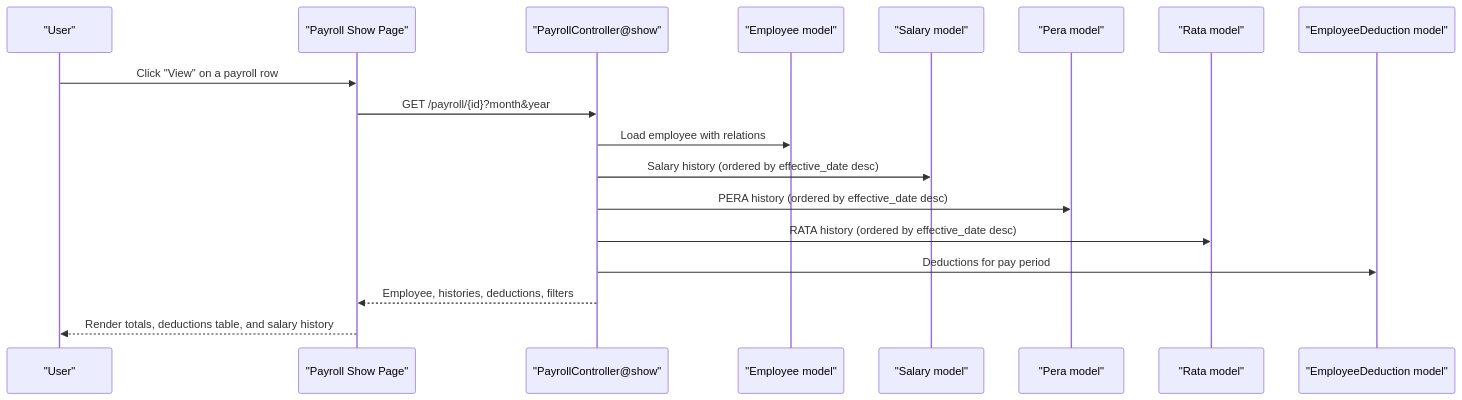
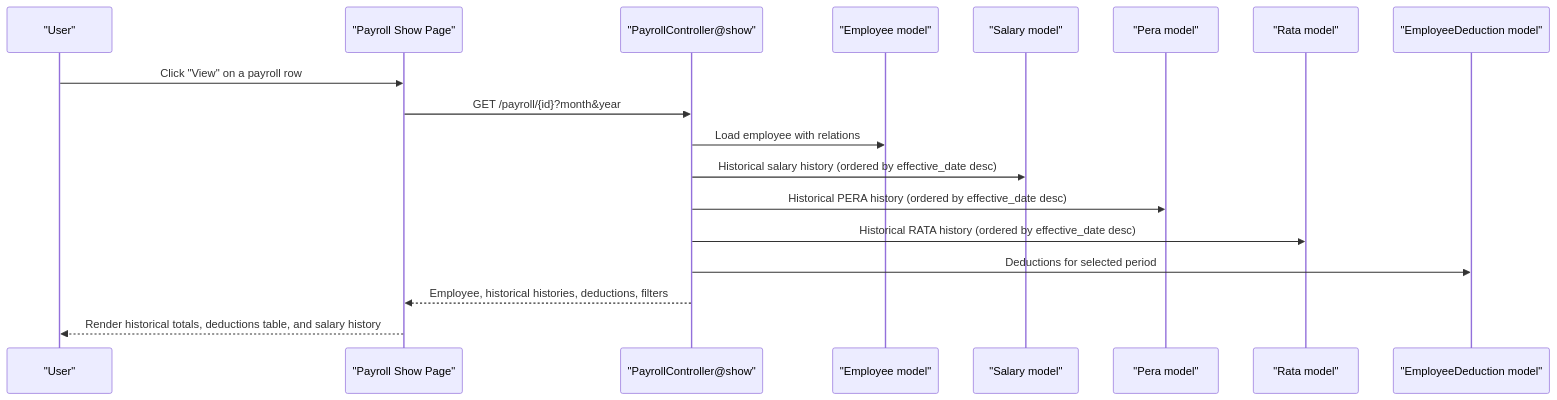
Before and after one commit to vincet0t15/template: the fourth of 12 diagrams in .qoder/repowiki/en/content/Payroll System/Payroll Reports & Analytics.md, drawn with Mermaid. The commit also changed other lines of this file and 11 other files, not shown here.

````diff
--- a/.qoder/repowiki/en/content/Payroll System/Payroll Reports & Analytics.md
+++ b/.qoder/repowiki/en/content/Payroll System/Payroll Reports & Analytics.md
@@ -155,20 +186,20 @@
 ```mermaid
 sequenceDiagram
 participant U as "User"
 participant DET as "Payroll Show Page"
 participant CTRL as "PayrollController@show"
 participant EMP as "Employee model"
 participant SAL as "Salary model"
 participant PER as "Pera model"
 participant RAT as "Rata model"
 participant DED as "EmployeeDeduction model"
 U->>DET : Click "View" on a payroll row
 DET->>CTRL : GET /payroll/{id}?month&year
 CTRL->>EMP : Load employee with relations
-CTRL->>SAL : Salary history (ordered by effective_date desc)
-CTRL->>PER : PERA history (ordered by effective_date desc)
-CTRL->>RAT : RATA history (ordered by effective_date desc)
-CTRL->>DED : Deductions for pay period
-CTRL-->>DET : Employee, histories, deductions, filters
-DET-->>U : Render totals, deductions table, and salary history
+CTRL->>SAL : Historical salary history (ordered by effective_date desc)
+CTRL->>PER : Historical PERA history (ordered by effective_date desc)
+CTRL->>RAT : Historical RATA history (ordered by effective_date desc)
+CTRL->>DED : Deductions for selected period
+CTRL-->>DET : Employee, historical histories, deductions, filters
+DET-->>U : Render historical totals, deductions table, and salary history
 ```
````
